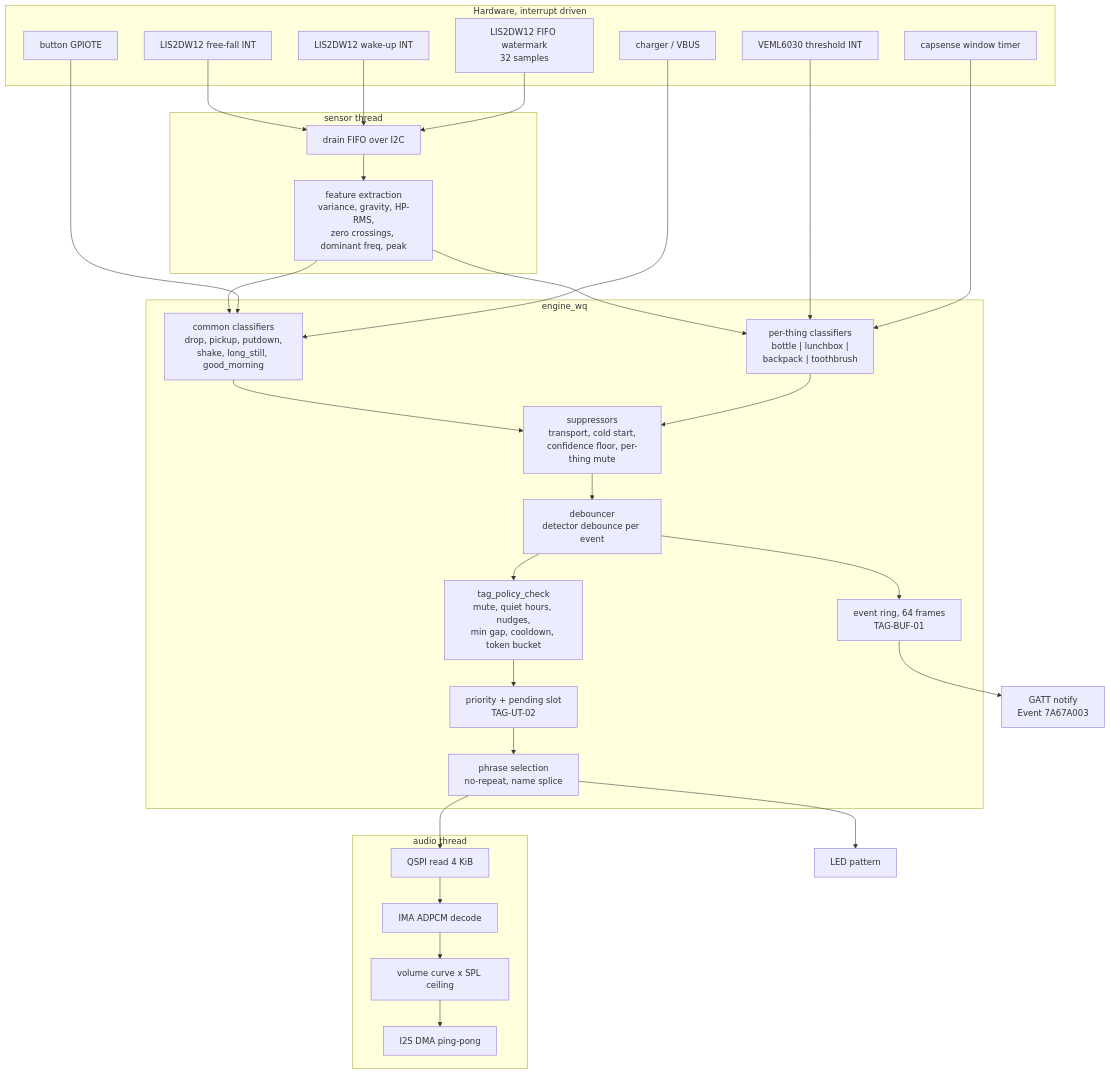
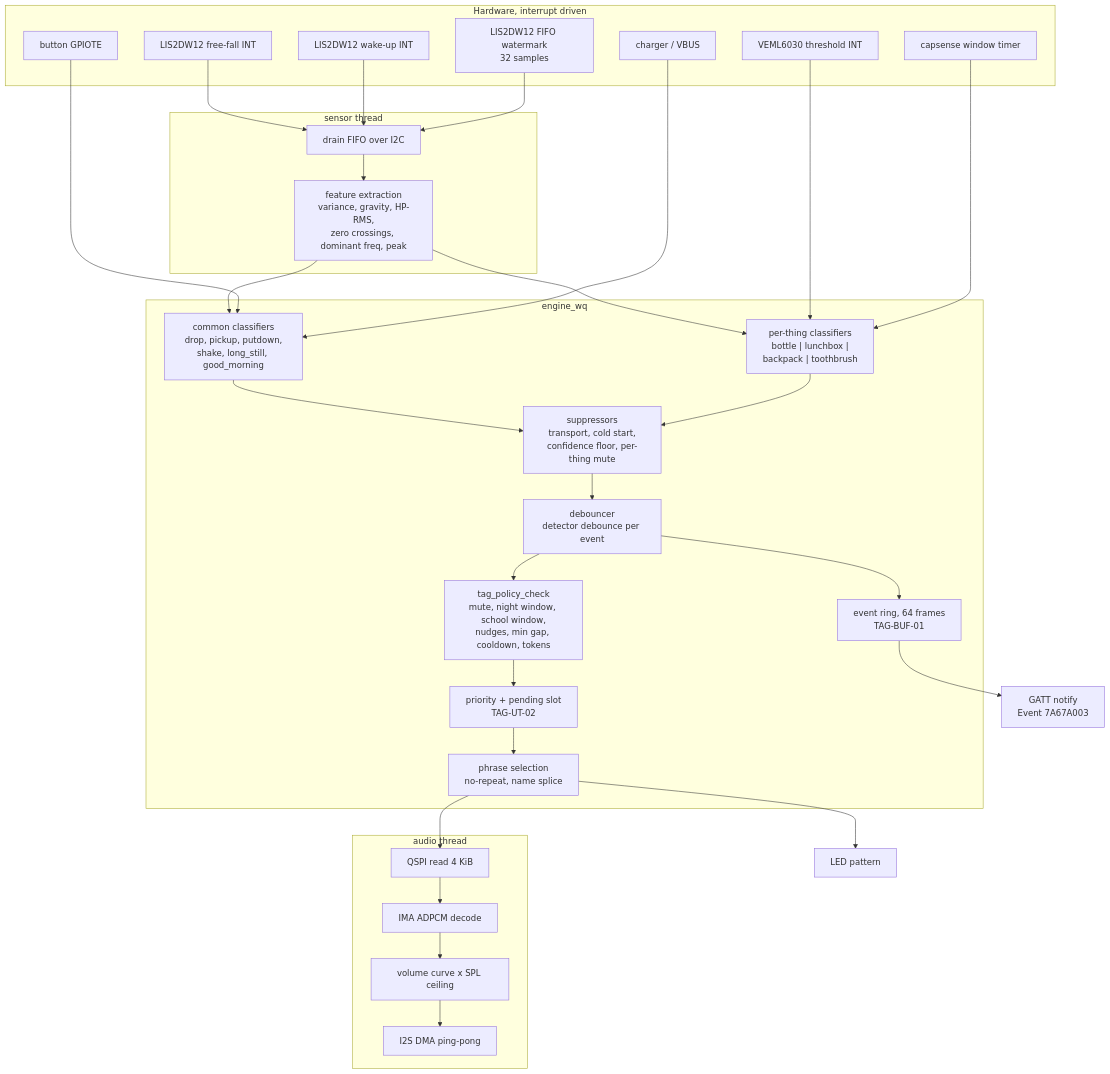
The first of 2 diagrams in docs/firmware/firmware-architecture.md (deepakjoshi-code/tagalong), drawn with Mermaid before and after one commit. The commit also changed other lines of this file and 8 other files, not shown here.

````diff
--- a/docs/firmware/firmware-architecture.md
+++ b/docs/firmware/firmware-architecture.md
@@ -210,51 +210,51 @@
 ```mermaid
 flowchart TB
   subgraph HW["Hardware, interrupt driven"]
     FF["LIS2DW12 free-fall INT"]
     WU["LIS2DW12 wake-up INT"]
     WM["LIS2DW12 FIFO watermark<br/>32 samples"]
     ALSI["VEML6030 threshold INT"]
     CAPT["capsense window timer"]
     BTN["button GPIOTE"]
     CHG["charger / VBUS"]
   end
   subgraph SENSOR["sensor thread"]
     DRAIN["drain FIFO over I2C"]
     FEAT["feature extraction<br/>variance, gravity, HP-RMS,<br/>zero crossings, dominant freq, peak"]
   end
   subgraph ENGINE["engine_wq"]
     CLSC["common classifiers<br/>drop, pickup, putdown,<br/>shake, long_still, good_morning"]
     CLST["per-thing classifiers<br/>bottle | lunchbox |<br/>backpack | toothbrush"]
     SUP["suppressors<br/>transport, cold start,<br/>confidence floor, per-thing mute"]
     DEB["debouncer<br/>detector debounce per event"]
     RING["event ring, 64 frames<br/>TAG-BUF-01"]
-    POL["tag_policy_check<br/>mute, quiet hours, nudges,<br/>min gap, cooldown, token bucket"]
+    POL["tag_policy_check<br/>mute, night window, school window,<br/>nudges, min gap, cooldown, tokens"]
     PRI["priority + pending slot<br/>TAG-UT-02"]
     SEL["phrase selection<br/>no-repeat, name splice"]
   end
   subgraph AUDIO["audio thread"]
     RD["QSPI read 4 KiB"]
     DEC["IMA ADPCM decode"]
     VOL["volume curve x SPL ceiling"]
     I2S["I2S DMA ping-pong"]
   end
   LEDQ["LED pattern"]
   NOTIF["GATT notify<br/>Event 7A67A003"]
 
   FF --> DRAIN
   WU --> DRAIN
   WM --> DRAIN
   DRAIN --> FEAT --> CLSC
   FEAT --> CLST
   ALSI --> CLST
   CAPT --> CLST
   BTN --> CLSC
   CHG --> CLSC
   CLSC --> SUP
   CLST --> SUP
   SUP --> DEB --> RING
   DEB --> POL --> PRI --> SEL --> RD
   RD --> DEC --> VOL --> I2S
   SEL --> LEDQ
   RING --> NOTIF
 ```
````
